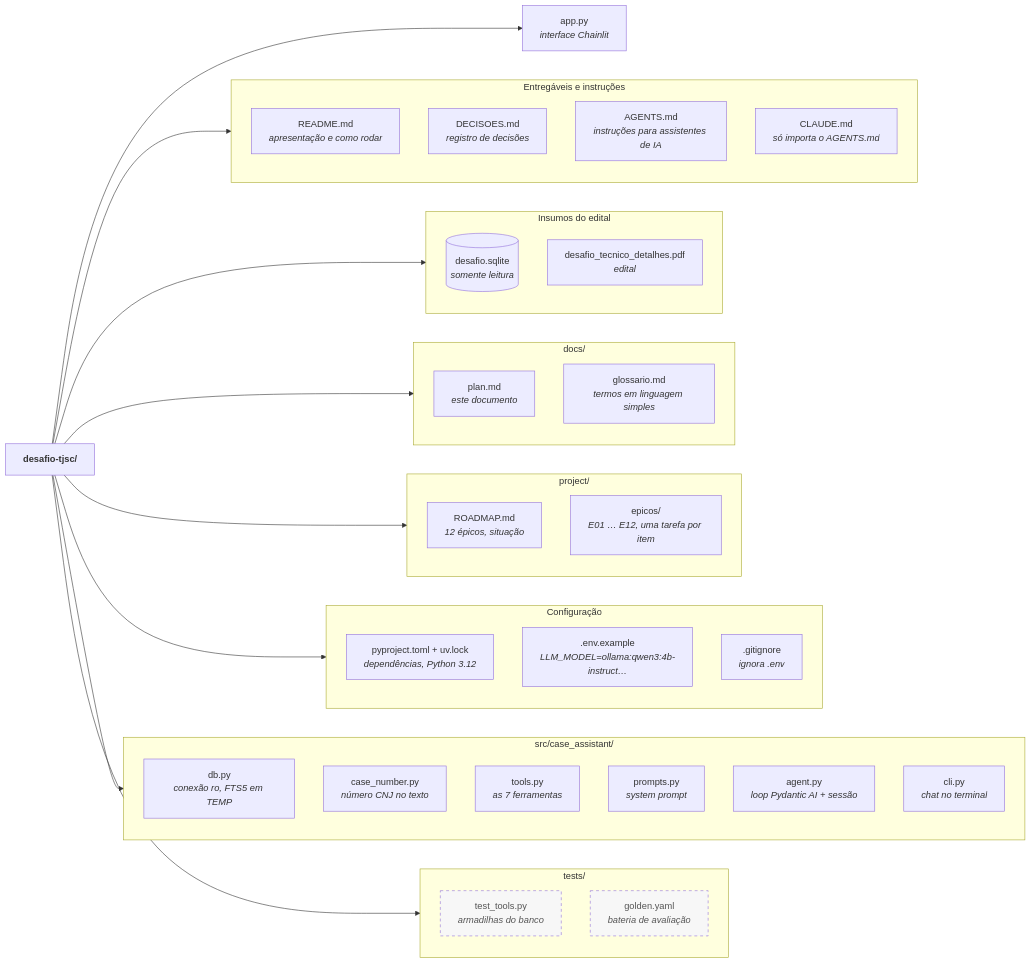
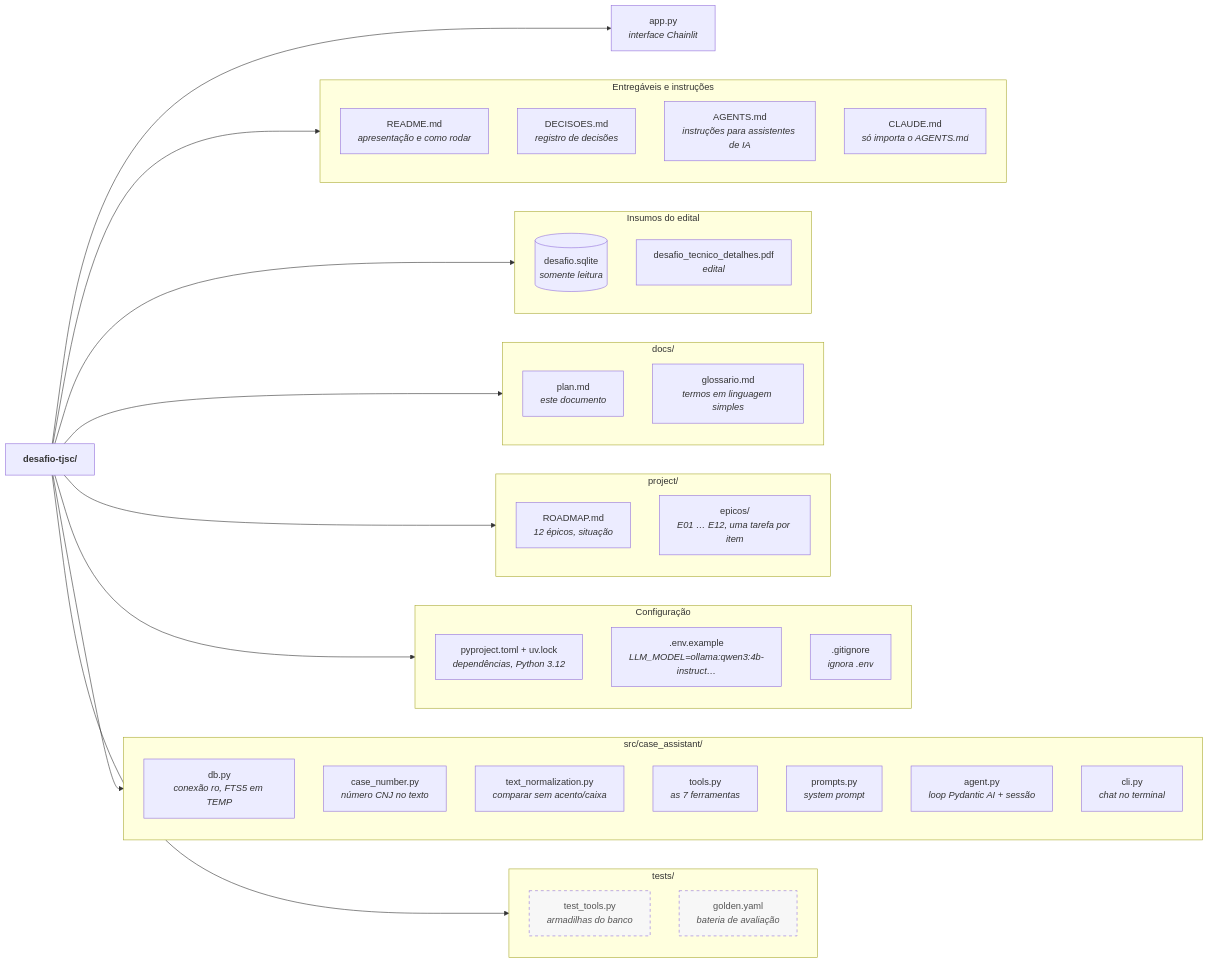
Before and after one commit to andrepiacentini/agente-juridico: the fourth of 4 diagrams in docs/plan.md, drawn with Mermaid. The commit also changed 6 other files, not shown here.

````diff
--- a/docs/plan.md
+++ b/docs/plan.md
@@ -343,54 +343,55 @@
 ```mermaid
 flowchart LR
     ROOT["<b>desafio-tjsc/</b>"]
 
     subgraph ENTREGA["Entregáveis e instruções"]
         README["README.md<br/><i>apresentação e como rodar</i>"]
         DECISOES["DECISOES.md<br/><i>registro de decisões</i>"]
         AGENTS["AGENTS.md<br/><i>instruções para assistentes de IA</i>"]
         CLAUDE["CLAUDE.md<br/><i>só importa o AGENTS.md</i>"]
     end
 
     subgraph DADOS["Insumos do edital"]
         SQLITE[("desafio.sqlite<br/><i>somente leitura</i>")]
         PDF["desafio_tecnico_detalhes.pdf<br/><i>edital</i>"]
     end
 
     subgraph DOCS["docs/"]
         PLAN["plan.md<br/><i>este documento</i>"]
         GLOSS["glossario.md<br/><i>termos em linguagem simples</i>"]
     end
 
     subgraph PROJECT["project/"]
         ROADMAP["ROADMAP.md<br/><i>12 épicos, situação</i>"]
         EPICS["epicos/<br/><i>E01 … E12, uma tarefa por item</i>"]
     end
 
     subgraph CONFIG["Configuração"]
         PYPROJECT["pyproject.toml + uv.lock<br/><i>dependências, Python 3.12</i>"]
         ENV[".env.example<br/><i>LLM_MODEL=ollama:qwen3:4b-instruct…</i>"]
         GITIGNORE[".gitignore<br/><i>ignora .env</i>"]
     end
 
     subgraph SRC["src/case_assistant/"]
         DB["db.py<br/><i>conexão ro, FTS5 em TEMP</i>"]
         CASENUM["case_number.py<br/><i>número CNJ no texto</i>"]
+        TEXTNORM["text_normalization.py<br/><i>comparar sem acento/caixa</i>"]
         TOOLS["tools.py<br/><i>as 7 ferramentas</i>"]
         PROMPTS["prompts.py<br/><i>system prompt</i>"]
         AGENT["agent.py<br/><i>loop Pydantic AI + sessão</i>"]
         CLI["cli.py<br/><i>chat no terminal</i>"]
     end
 
     APP["app.py<br/><i>interface Chainlit</i>"]
 
     subgraph TESTS["tests/"]
         TTOOLS["test_tools.py<br/><i>armadilhas do banco</i>"]
         GOLDEN["golden.yaml<br/><i>bateria de avaliação</i>"]
     end
 
     ROOT --> ENTREGA & DADOS & DOCS & PROJECT
     ROOT --> CONFIG & SRC & APP & TESTS
 
     classDef planned stroke-dasharray: 5 5,fill:#f7f7f7,color:#555
     class TTOOLS,GOLDEN planned
 ```
````
